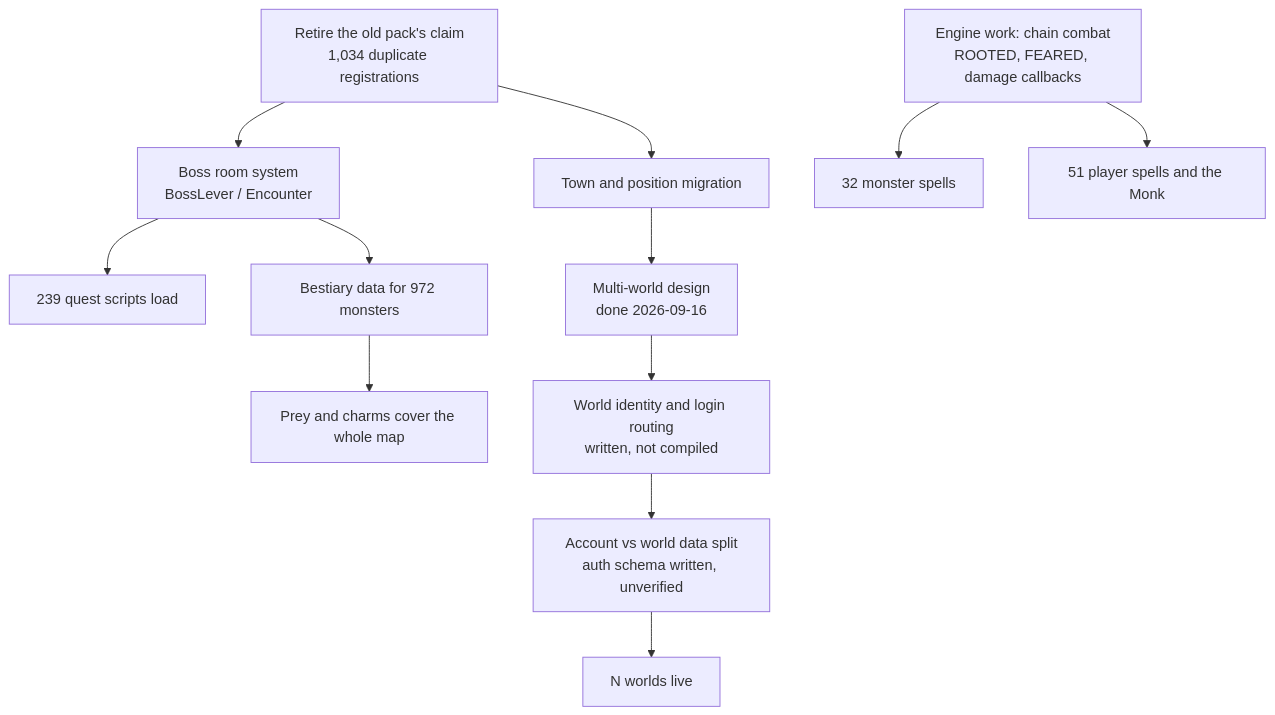
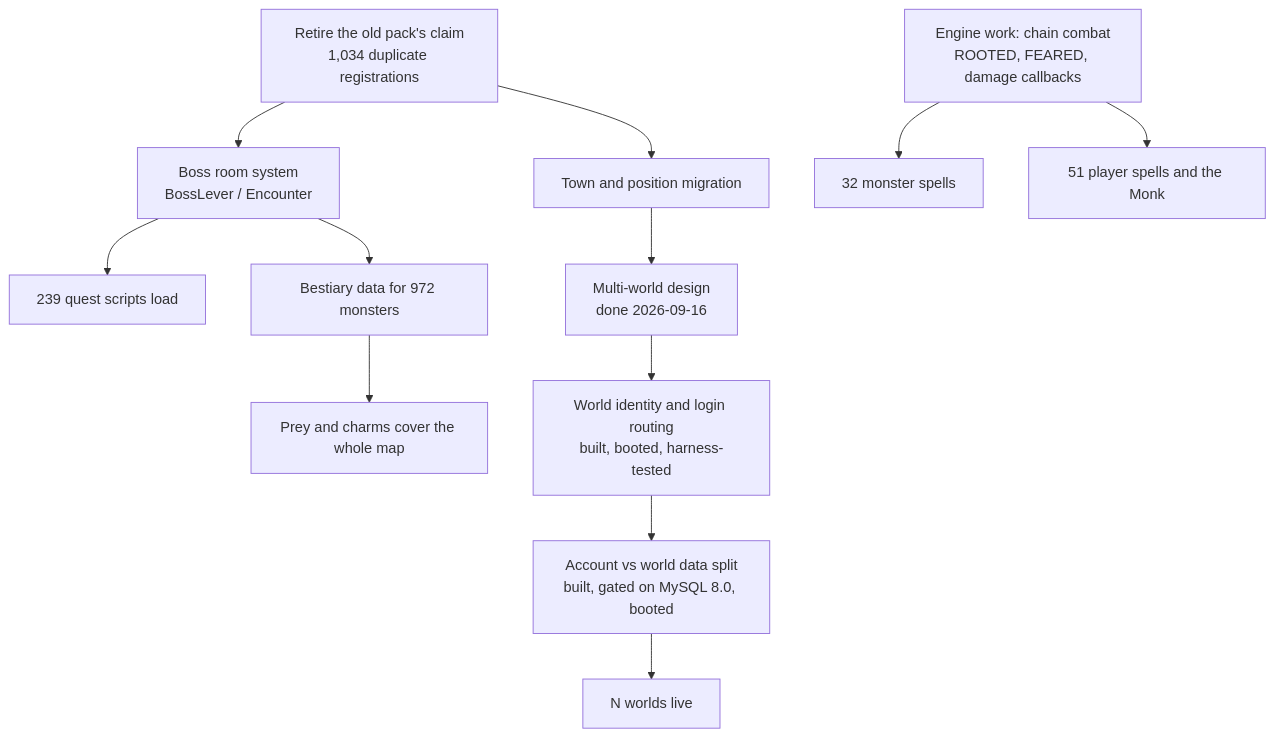
The diagram in roadmap.md (arken-fall/ArkOT), drawn with Mermaid before and after one commit. The commit also changed other lines of this file and 5 other files, not shown here.

````diff
--- a/roadmap.md
+++ b/roadmap.md
@@ -175,14 +191,14 @@
 ```mermaid
 flowchart TD
     A["Retire the old pack's claim<br/>1,034 duplicate registrations"] --> B["Boss room system<br/>BossLever / Encounter"]
     A --> C["Town and position migration"]
     B --> D["239 quest scripts load"]
     C --> E["Multi-world design<br/>done 2026-09-16"]
-    E --> F["World identity and login routing<br/>written, not compiled"]
-    F --> G["Account vs world data split<br/>auth schema written, unverified"]
+    E --> F["World identity and login routing<br/>built, booted, harness-tested"]
+    F --> G["Account vs world data split<br/>built, gated on MySQL 8.0, booted"]
     G --> H["N worlds live"]
     B --> I["Bestiary data for 972 monsters"]
     I --> J["Prey and charms cover the whole map"]
     K["Engine work: chain combat<br/>ROOTED, FEARED, damage callbacks"] --> L["32 monster spells"]
     K --> M["51 player spells and the Monk"]
 ```
````
